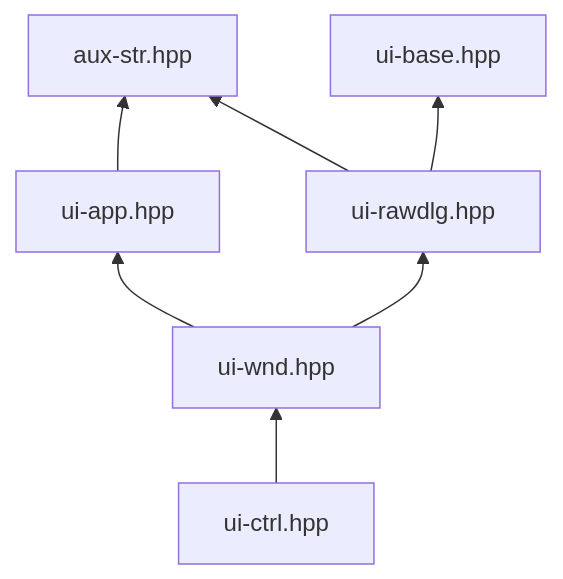
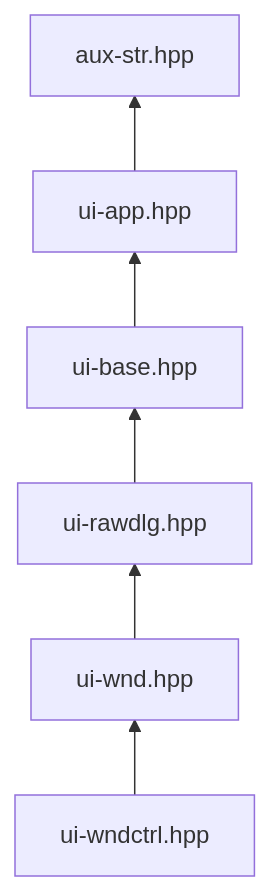
The diagram in src/winlamb/includes.md (rodrigocfd/winlamb), drawn with Mermaid before and after one commit. The commit also changed 10 other files, not shown here.

````diff
--- a/src/winlamb/includes.md
+++ b/src/winlamb/includes.md
@@ -3,9 +3,8 @@
 ```mermaid
 flowchart BT
     ui-app.hpp --> aux-str.hpp
-    ui-ctrl.hpp --> ui-wnd.hpp
-    ui-rawdlg.hpp --> aux-str.hpp
+    ui-base.hpp --> ui-app.hpp
     ui-rawdlg.hpp --> ui-base.hpp
-    ui-wnd.hpp --> ui-app.hpp
     ui-wnd.hpp --> ui-rawdlg.hpp
+    ui-wndctrl.hpp --> ui-wnd.hpp
 ```
````
